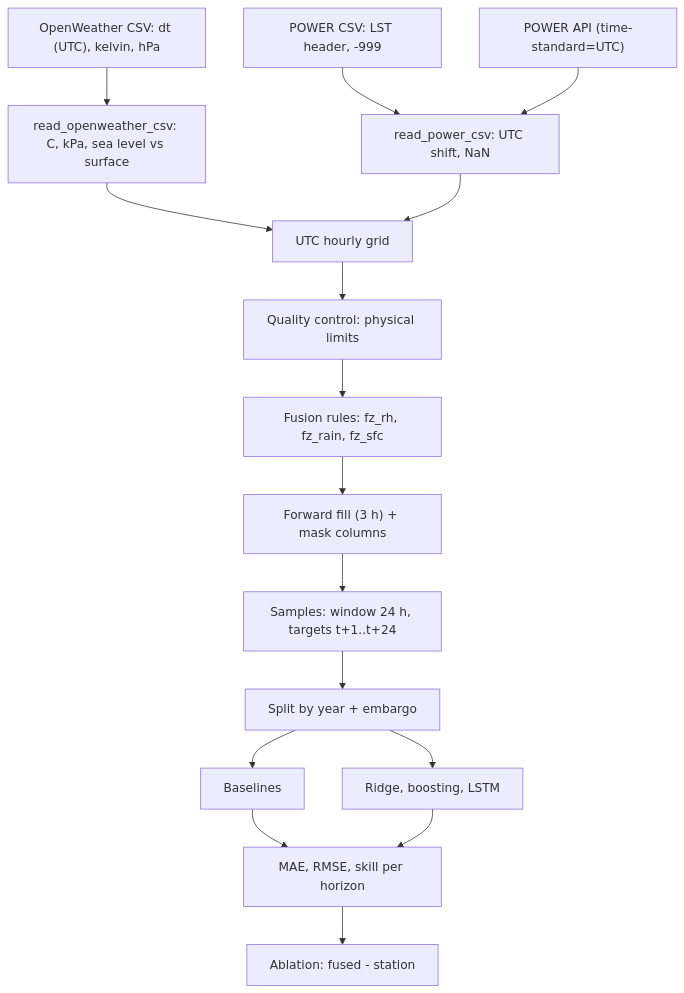
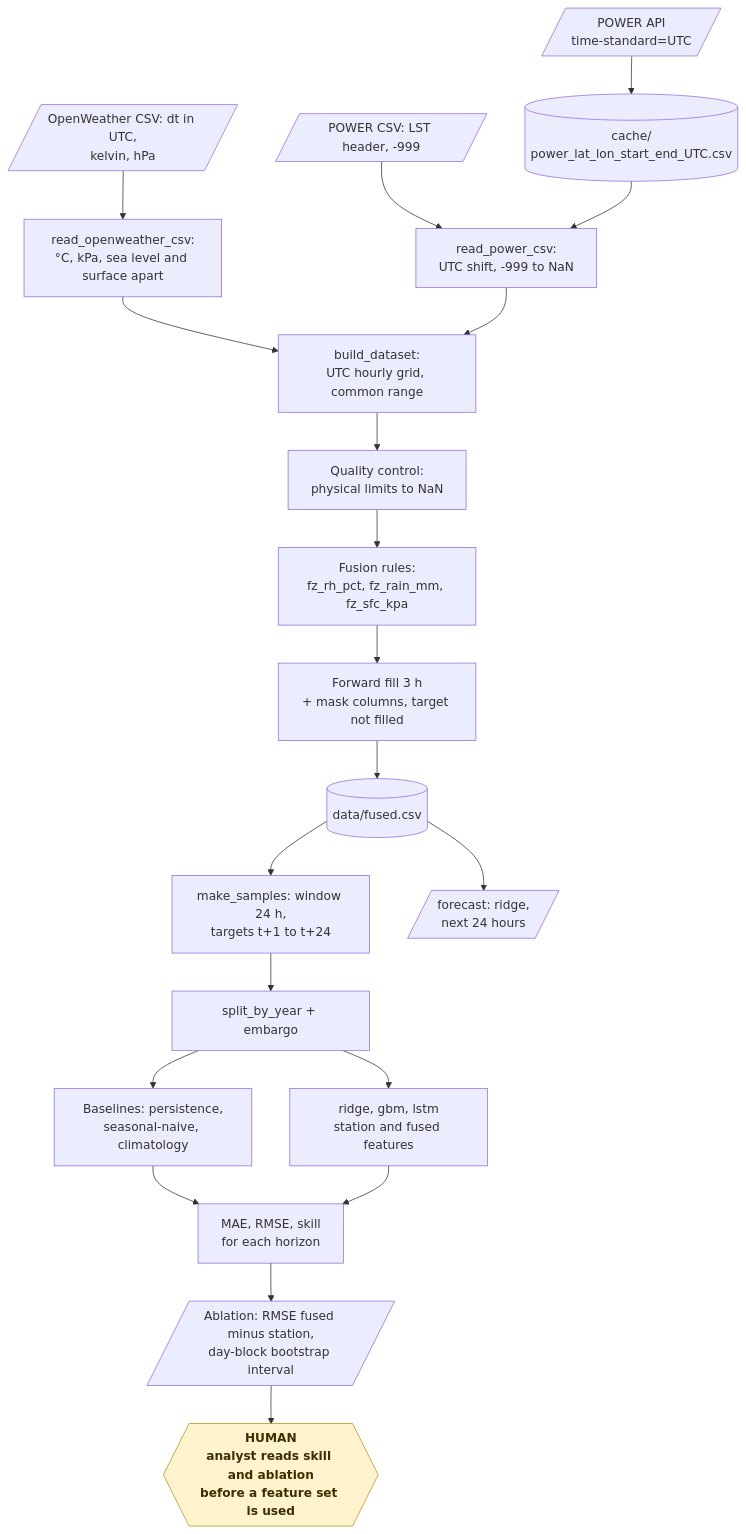
One commit to KrishnaAnnavaram/skyfusion changed the fifth of 19 diagrams in README.md. Above: the diagram before and after it, drawn with Mermaid. The commit also changed other lines of this file, not shown here.

Commit message:
Add the workflow diagrams to the README

````diff
--- a/README.md
+++ b/README.md
@@ -192,18 +239,25 @@
 ```mermaid
-flowchart TB
-    OW["OpenWeather CSV: dt (UTC), kelvin, hPa"] --> S["read_openweather_csv: C, kPa, sea level vs surface"]
-    PW["POWER CSV: LST header, -999"] --> P["read_power_csv: UTC shift, NaN"]
-    API["POWER API (time-standard=UTC)"] --> P
-    S --> G["UTC hourly grid"]
+flowchart TD
+    OW[/"OpenWeather CSV: dt in UTC,<br/>kelvin, hPa"/] --> S["read_openweather_csv:<br/>°C, kPa, sea level and surface apart"]
+    PW[/"POWER CSV: LST header, -999"/] --> P["read_power_csv:<br/>UTC shift, -999 to NaN"]
+    API[/"POWER API<br/>time-standard=UTC"/] --> CA[("cache/<br/>power_lat_lon_start_end_UTC.csv")]
+    CA --> P
+    S --> G["build_dataset:<br/>UTC hourly grid, common range"]
     P --> G
-    G --> Q["Quality control: physical limits"]
-    Q --> F["Fusion rules: fz_rh, fz_rain, fz_sfc"]
-    F --> M["Forward fill (3 h) + mask columns"]
-    M --> W["Samples: window 24 h, targets t+1..t+24"]
-    W --> SP["Split by year + embargo"]
-    SP --> B["Baselines"]
-    SP --> L["Ridge, boosting, LSTM"]
-    B --> E["MAE, RMSE, skill per horizon"]
+    G --> Q["Quality control:<br/>physical limits to NaN"]
+    Q --> F["Fusion rules:<br/>fz_rh_pct, fz_rain_mm, fz_sfc_kpa"]
+    F --> M["Forward fill 3 h<br/>+ mask columns, target not filled"]
+    M --> FT[("data/fused.csv")]
+    FT --> W["make_samples: window 24 h,<br/>targets t+1 to t+24"]
+    W --> SP["split_by_year + embargo"]
+    SP --> B["Baselines: persistence,<br/>seasonal-naive, climatology"]
+    SP --> L["ridge, gbm, lstm<br/>station and fused features"]
+    B --> E["MAE, RMSE, skill<br/>for each horizon"]
     L --> E
-    E --> A["Ablation: fused - station"]
+    E --> A[/"Ablation: RMSE fused minus station,<br/>day-block bootstrap interval"/]
+    A --> HUMAN{{"HUMAN<br/>analyst reads skill and ablation<br/>before a feature set is used"}}
+    FT --> FC[/"forecast: ridge,<br/>next 24 hours"/]
+
+    classDef human fill:#fff3cd,stroke:#b8901f,color:#3d2f00,font-weight:bold
+    class HUMAN human
 ```
````
